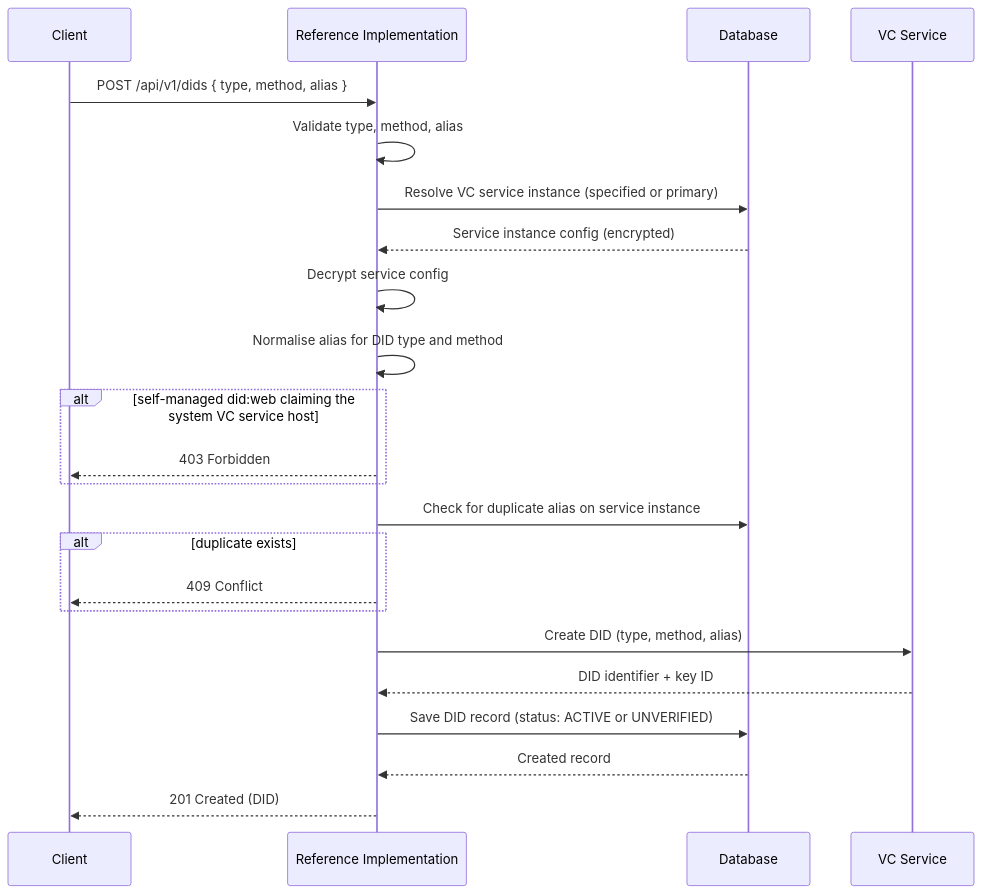
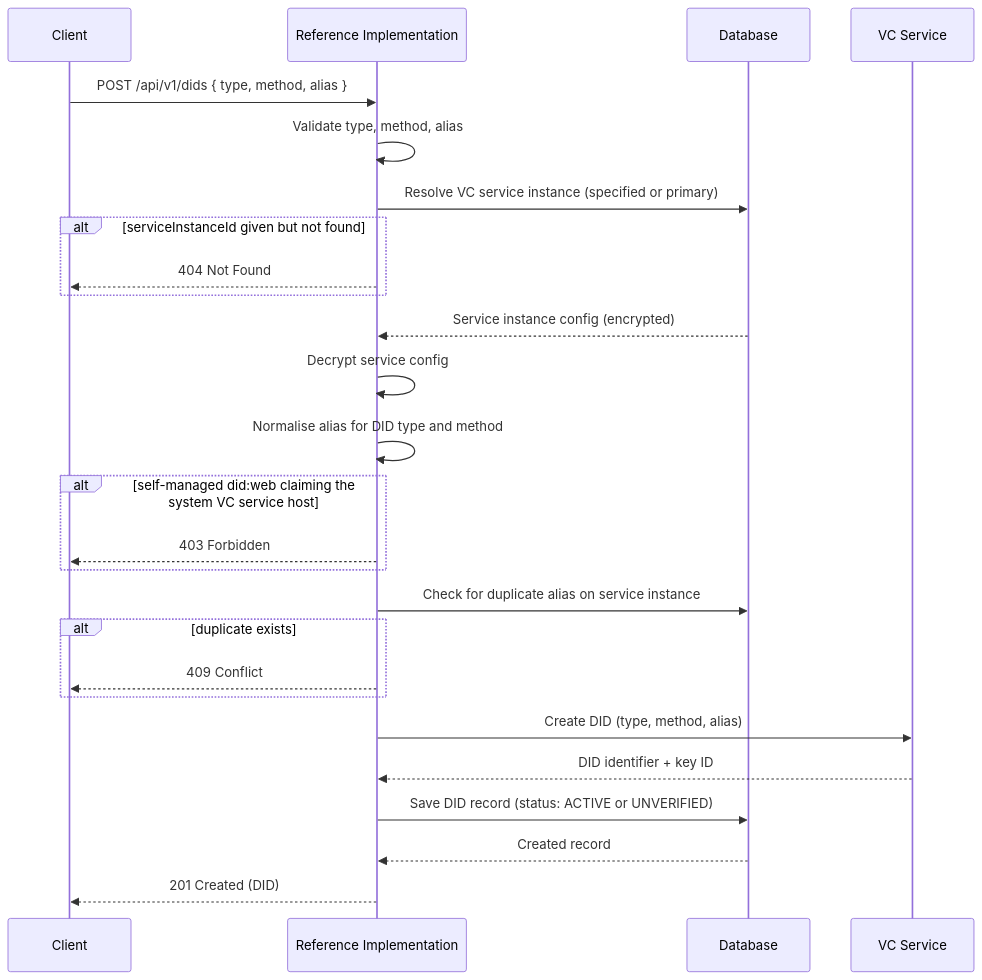
The first of 5 diagrams in documentation/docs/reference-implementation/api/dids.md (uncefact/tests-untp), drawn with Mermaid before and after one commit. The commit also changed other lines of this file and 52 other files, not shown here.

````diff
--- a/documentation/docs/reference-implementation/api/dids.md
+++ b/documentation/docs/reference-implementation/api/dids.md
@@ -137,26 +137,29 @@
 ```mermaid
 sequenceDiagram
     participant Client
     participant RI as Reference Implementation
     participant DB as Database
     participant VC as VC Service
 
     Client->>RI: POST /api/v1/dids { type, method, alias }
     RI->>RI: Validate type, method, alias
     RI->>DB: Resolve VC service instance (specified or primary)
+    alt serviceInstanceId given but not found
+        RI-->>Client: 404 Not Found
+    end
     DB-->>RI: Service instance config (encrypted)
     RI->>RI: Decrypt service config
     RI->>RI: Normalise alias for DID type and method
     alt self-managed did:web claiming the system VC service host
         RI-->>Client: 403 Forbidden
     end
     RI->>DB: Check for duplicate alias on service instance
     alt duplicate exists
         RI-->>Client: 409 Conflict
     end
     RI->>VC: Create DID (type, method, alias)
     VC-->>RI: DID identifier + key ID
     RI->>DB: Save DID record (status: ACTIVE or UNVERIFIED)
     DB-->>RI: Created record
     RI-->>Client: 201 Created (DID)
 ```
````
